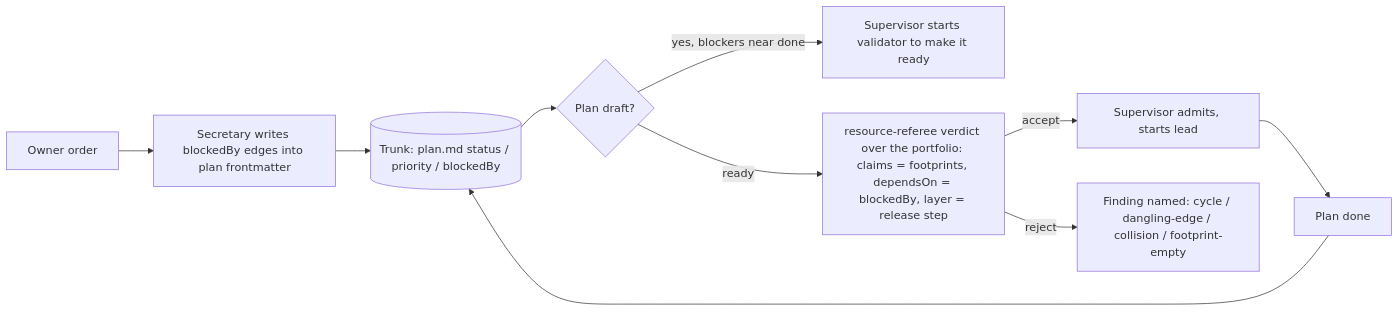
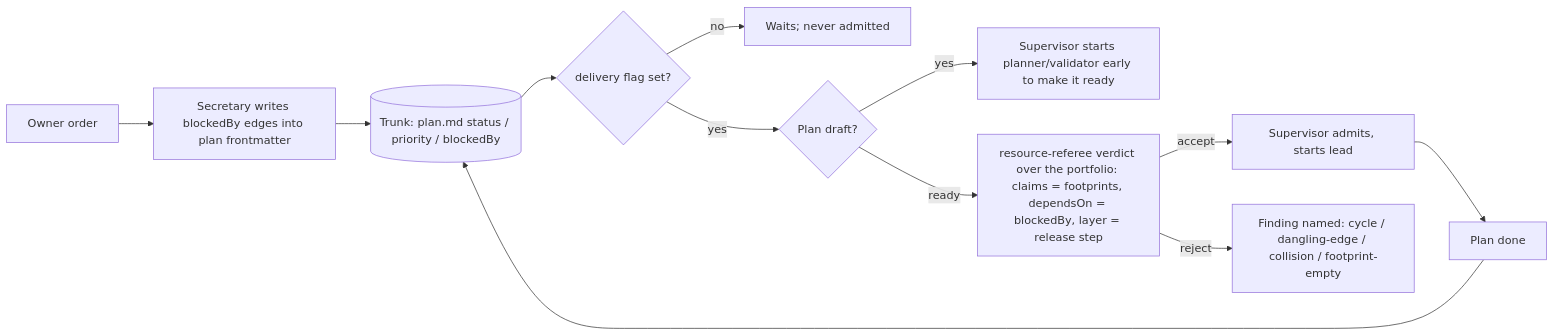
The diagram in plans/discussions/ds-ipvis4jkpc-release-chain-command/DISCUSSION.md (vantt/forgent), drawn with Mermaid before and after one commit. The commit also changed other lines of this file, not shown here.

Commit message:
discussion(release-chain-command): delivery flag beside status; only flagged plans are admitted

````diff
--- a/plans/discussions/ds-ipvis4jkpc-release-chain-command/DISCUSSION.md
+++ b/plans/discussions/ds-ipvis4jkpc-release-chain-command/DISCUSSION.md
@@ -80,11 +85,13 @@
 ```mermaid
 flowchart LR
   O[Owner order] --> S[Secretary writes blockedBy edges into plan frontmatter]
   S --> T[(Trunk: plan.md status / priority / blockedBy)]
-  T --> V{Plan draft?}
-  V -- yes, blockers near done --> P[Supervisor starts validator to make it ready]
+  T --> F{delivery flag set?}
+  F -- no --> W[Waits; never admitted]
+  F -- yes --> V{Plan draft?}
+  V -- yes --> P[Supervisor starts planner/validator early to make it ready]
   V -- ready --> R[resource-referee verdict over the portfolio: claims = footprints, dependsOn = blockedBy, layer = release step]
   R -- accept --> A[Supervisor admits, starts lead]
   R -- reject --> X[Finding named: cycle / dangling-edge / collision / footprint-empty]
   A --> D[Plan done] --> T
 ```
````
